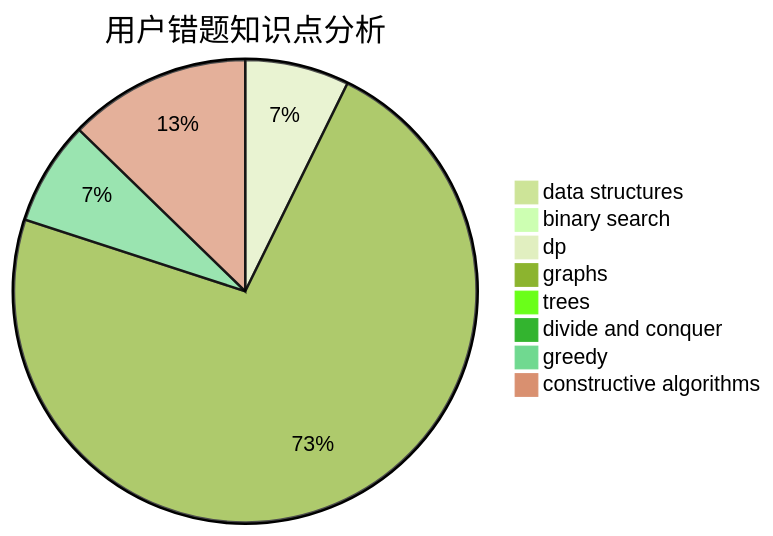
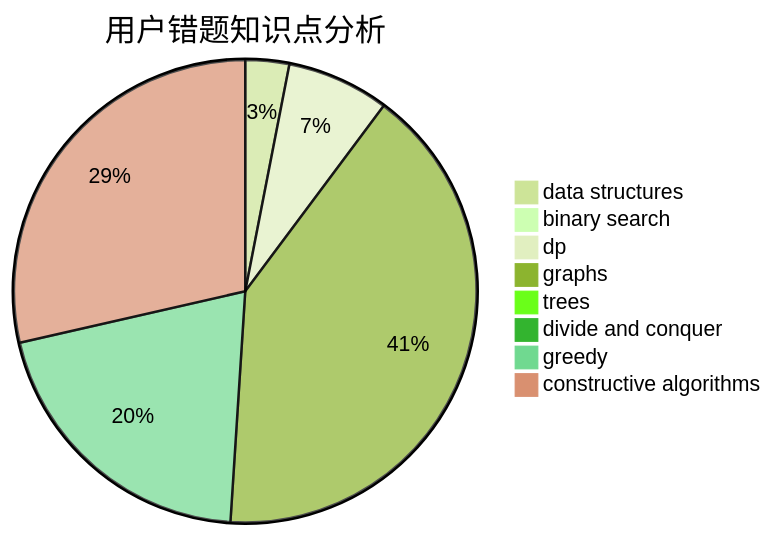
One commit to sherpahu/cfrs.github.io changed the third of 3 diagrams in docs/user/u1486.md. Above: the diagram before and after it, drawn with Mermaid (forest theme). The commit also changed other lines of this file and 2770 other files, not shown here.

````diff
--- a/docs/user/u1486.md
+++ b/docs/user/u1486.md
@@ -36,11 +36,11 @@
 ```mermaid
 pie title 用户错题知识点分析
-    "data structures" :  0
+    "data structures" :  3
     "binary search" :  0
-    "dp" :  4
+    "dp" :  7
     "graphs" :  40
     "trees" :  0
     "divide and conquer" :  0
-    "greedy" :  4
-    "constructive algorithms" :  7
+    "greedy" :  20
+    "constructive algorithms" :  28
 ```
````
